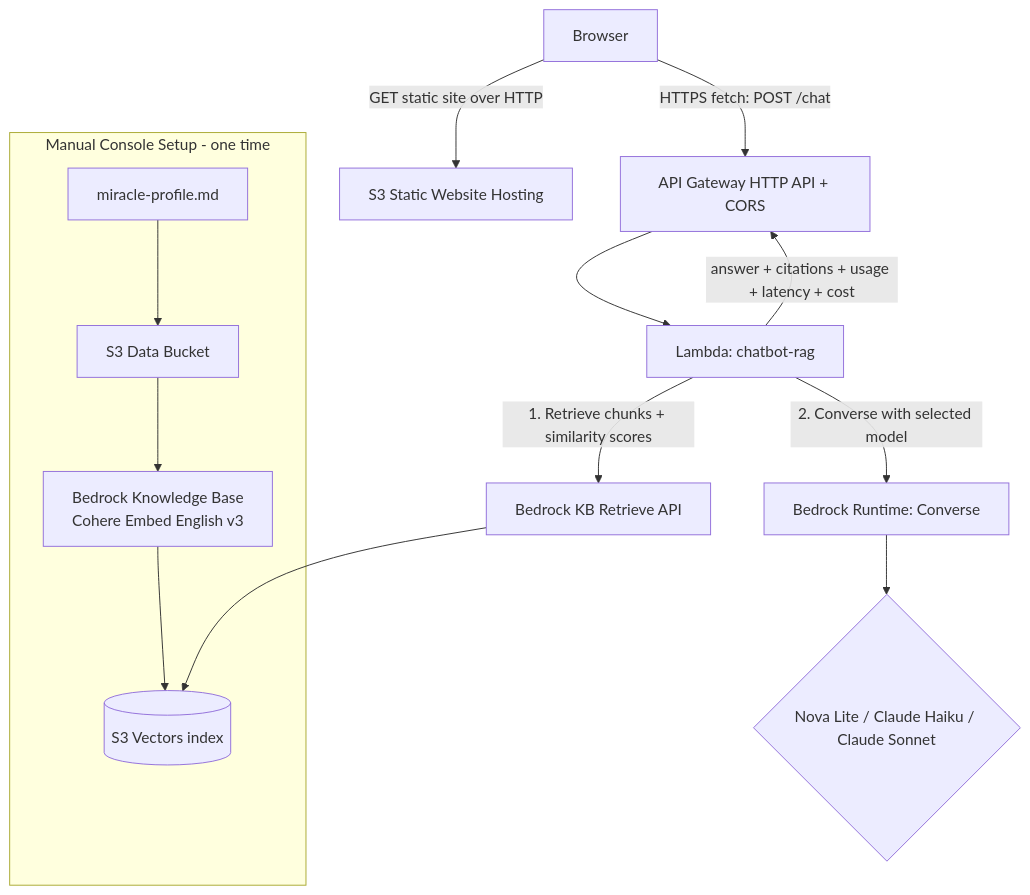
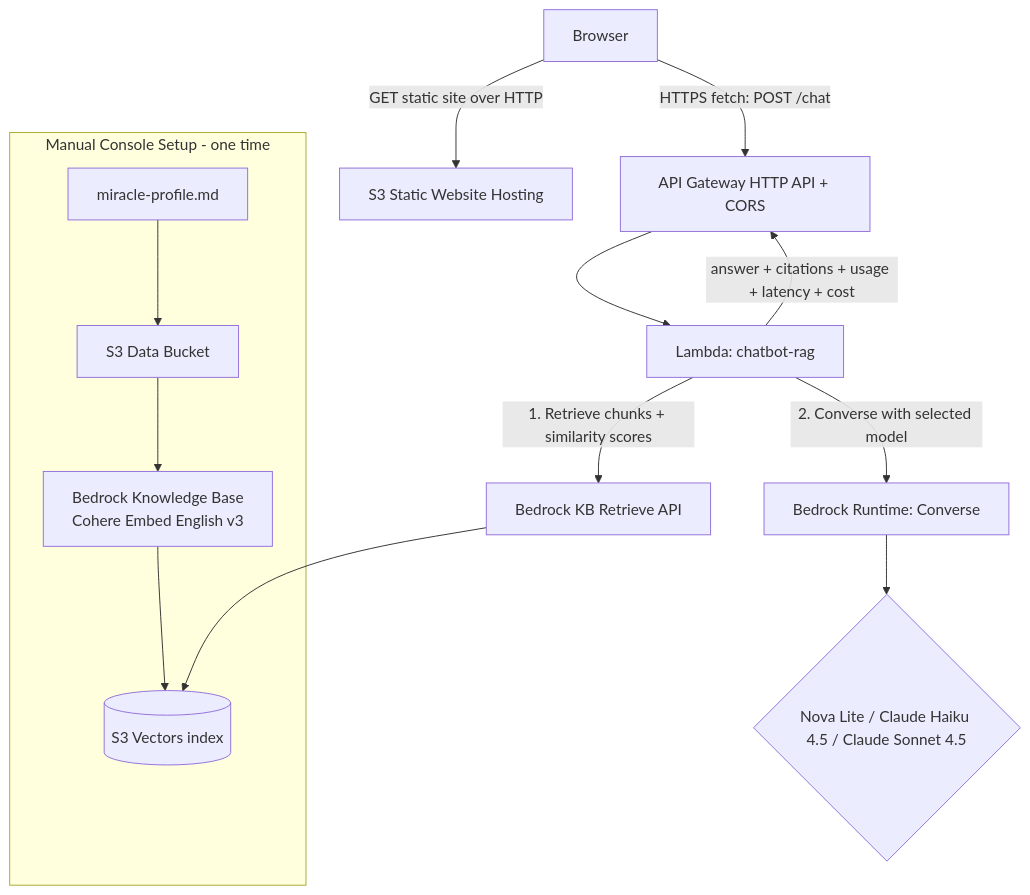
The diagram in README.md (vietaws/architecting), drawn with Mermaid before and after one commit. The commit also changed other lines of this file and 3 other files, not shown here.

````diff
--- a/README.md
+++ b/README.md
@@ -29,17 +29,17 @@
 ```mermaid
 flowchart TD
     U[Browser] -->|GET static site over HTTP| S3W[S3 Static Website Hosting]
     U -->|HTTPS fetch: POST /chat| HG[API Gateway HTTP API + CORS]
     HG --> L[Lambda: chatbot-rag]
     L -->|1. Retrieve chunks + similarity scores| KBR[Bedrock KB Retrieve API]
     KBR --> SV[(S3 Vectors index)]
     L -->|2. Converse with selected model| BR[Bedrock Runtime: Converse]
-    BR --> M{Nova Lite / Claude Haiku / Claude Sonnet}
+    BR --> M{Nova Lite / Claude Haiku 4.5 / Claude Sonnet 4.5}
     L -->|answer + citations + usage + latency + cost| HG
 
     subgraph setup [Manual Console Setup - one time]
       DOC[miracle-profile.md] --> DB[S3 Data Bucket]
       DB --> KB[Bedrock Knowledge Base<br/>Cohere Embed English v3]
       KB --> SV
     end
 ```
````
